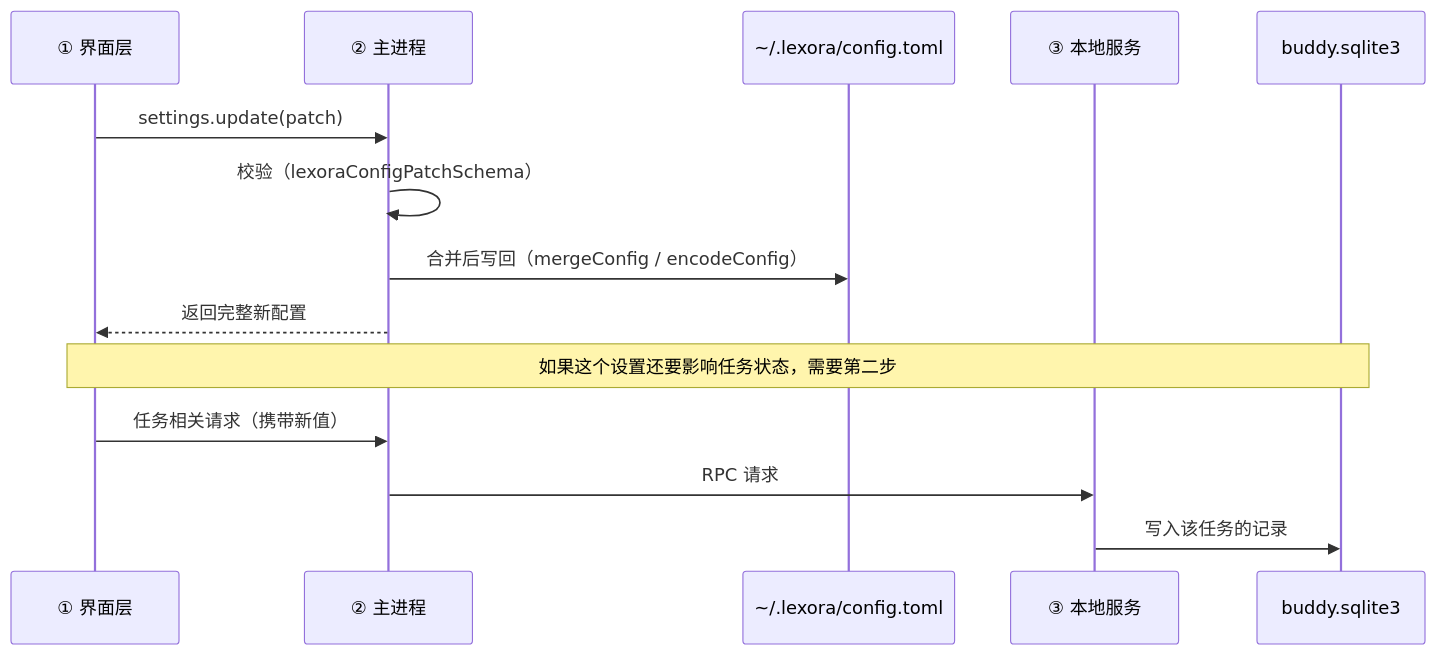
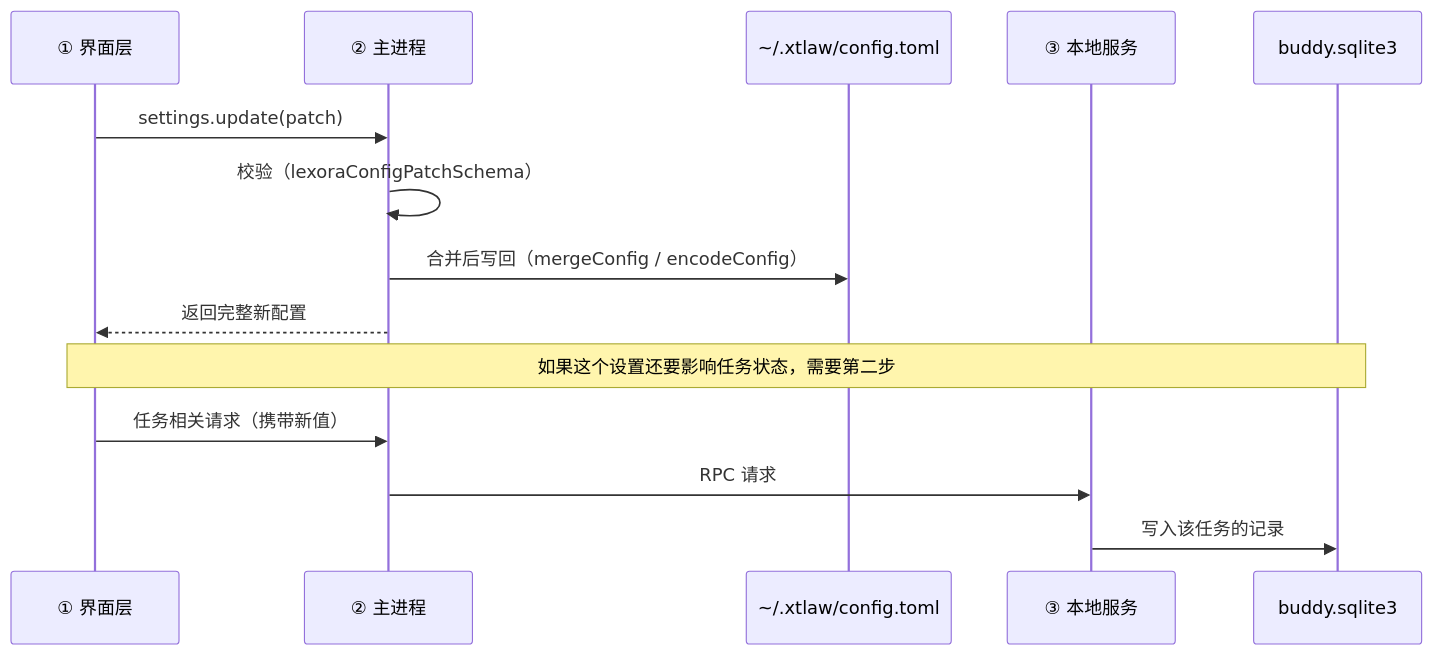
One commit to QAyong/XTLaw changed the third of 4 diagrams in docs/architecture/overview.md. Above: the diagram before and after it, drawn with Mermaid. The commit also changed other lines of this file and 49 other files, not shown here.

````diff
--- a/docs/architecture/overview.md
+++ b/docs/architecture/overview.md
@@ -98,19 +98,19 @@
 ```mermaid
 sequenceDiagram
     participant UI as ① 界面层
     participant Main as ② 主进程
-    participant Toml as ~/.lexora/config.toml
+    participant Toml as ~/.xtlaw/config.toml
     participant Svc as ③ 本地服务
     participant DB as buddy.sqlite3
 
     UI->>Main: settings.update(patch)
     Main->>Main: 校验（lexoraConfigPatchSchema）
     Main->>Toml: 合并后写回（mergeConfig / encodeConfig）
     Main-->>UI: 返回完整新配置
 
     Note over UI,DB: 如果这个设置还要影响任务状态，需要第二步
 
     UI->>Main: 任务相关请求（携带新值）
     Main->>Svc: RPC 请求
     Svc->>DB: 写入该任务的记录
 ```
````
